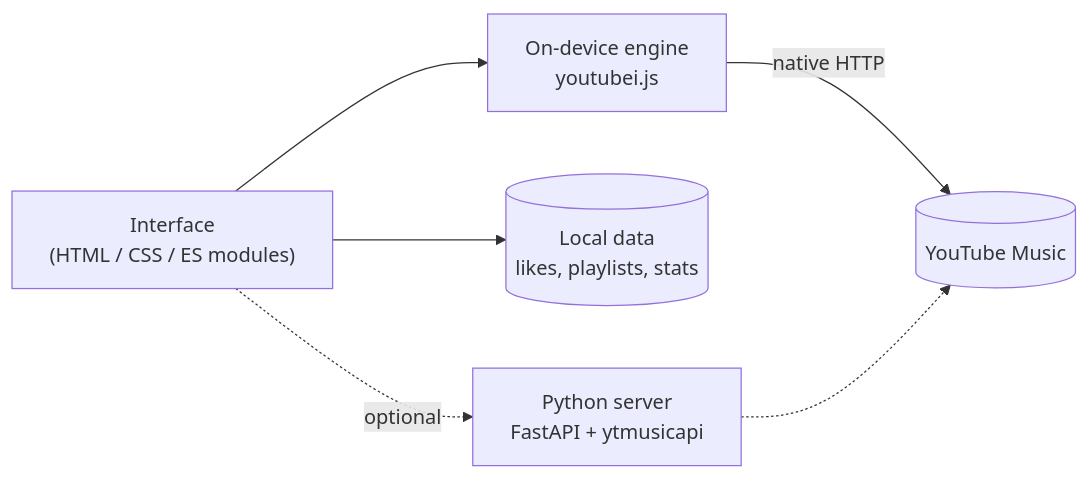
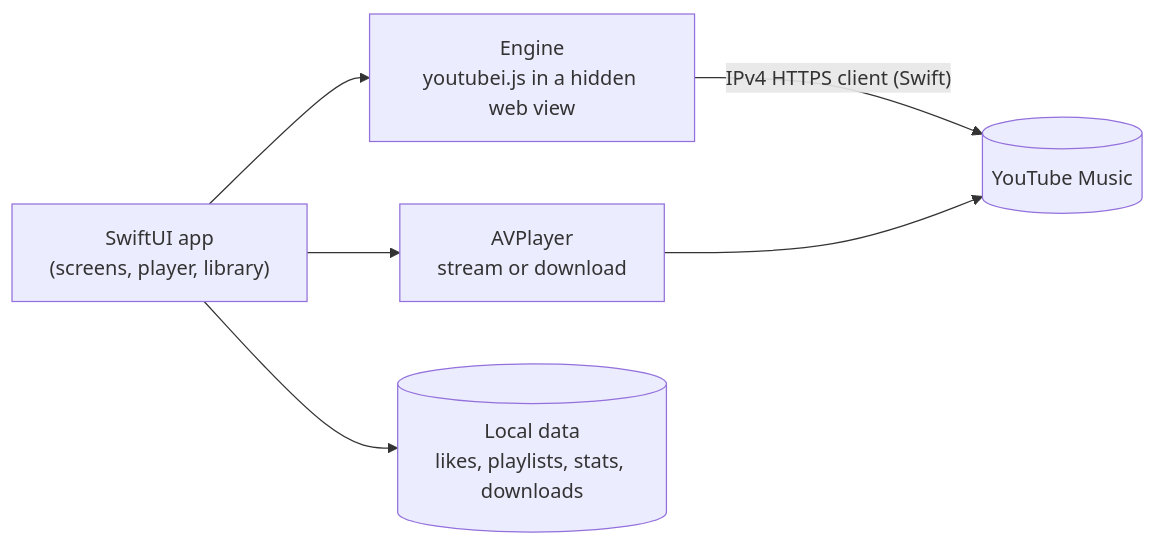
The diagram in README.md (AbinGanlary/yt-music), drawn with Mermaid before and after one commit. The commit also changed other lines of this file and 40 other files, not shown here.

Commit message:
Replace the Capacitor app with a native SwiftUI app (ios/); new README and build workflow

````diff
--- a/README.md
+++ b/README.md
@@ -78,8 +61,8 @@
 ```mermaid
 flowchart LR
-    UI["Interface<br/>(HTML / CSS / ES modules)"] --> Engine["On-device engine<br/>youtubei.js"]
-    Engine -->|"native HTTP"| YT[("YouTube Music")]
-    UI --> Store[("Local data<br/>likes, playlists, stats")]
-    UI -.optional.-> Server["Python server<br/>FastAPI + ytmusicapi"]
-    Server -.-> YT
+    UI["SwiftUI app<br/>(screens, player, library)"] --> Engine["Engine<br/>youtubei.js in a hidden web view"]
+    Engine -->|"IPv4 HTTPS client (Swift)"| YT[("YouTube Music")]
+    UI --> Player["AVPlayer<br/>stream or download"]
+    Player --> YT
+    UI --> Store[("Local data<br/>likes, playlists, stats, downloads")]
 ```
````
